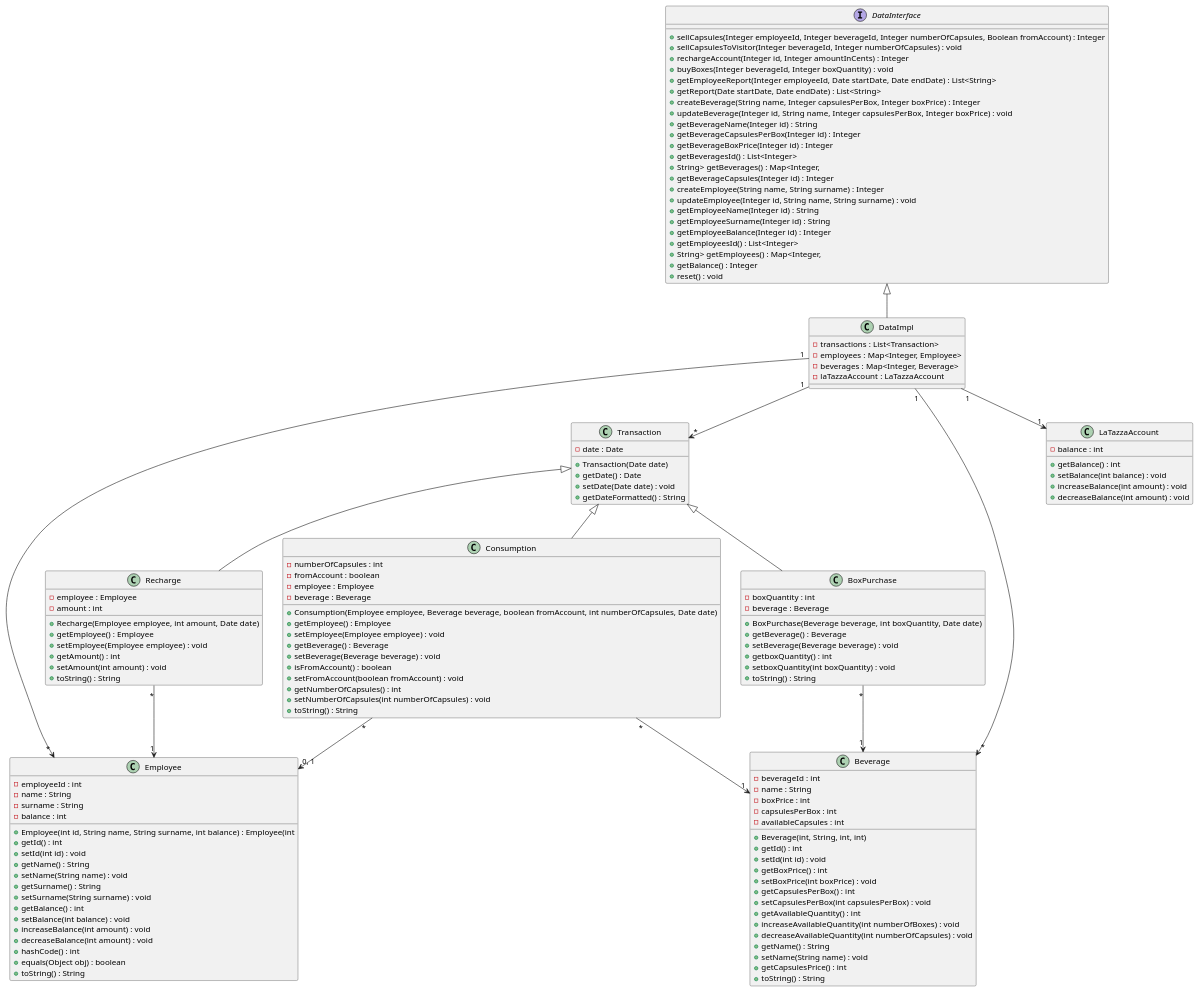
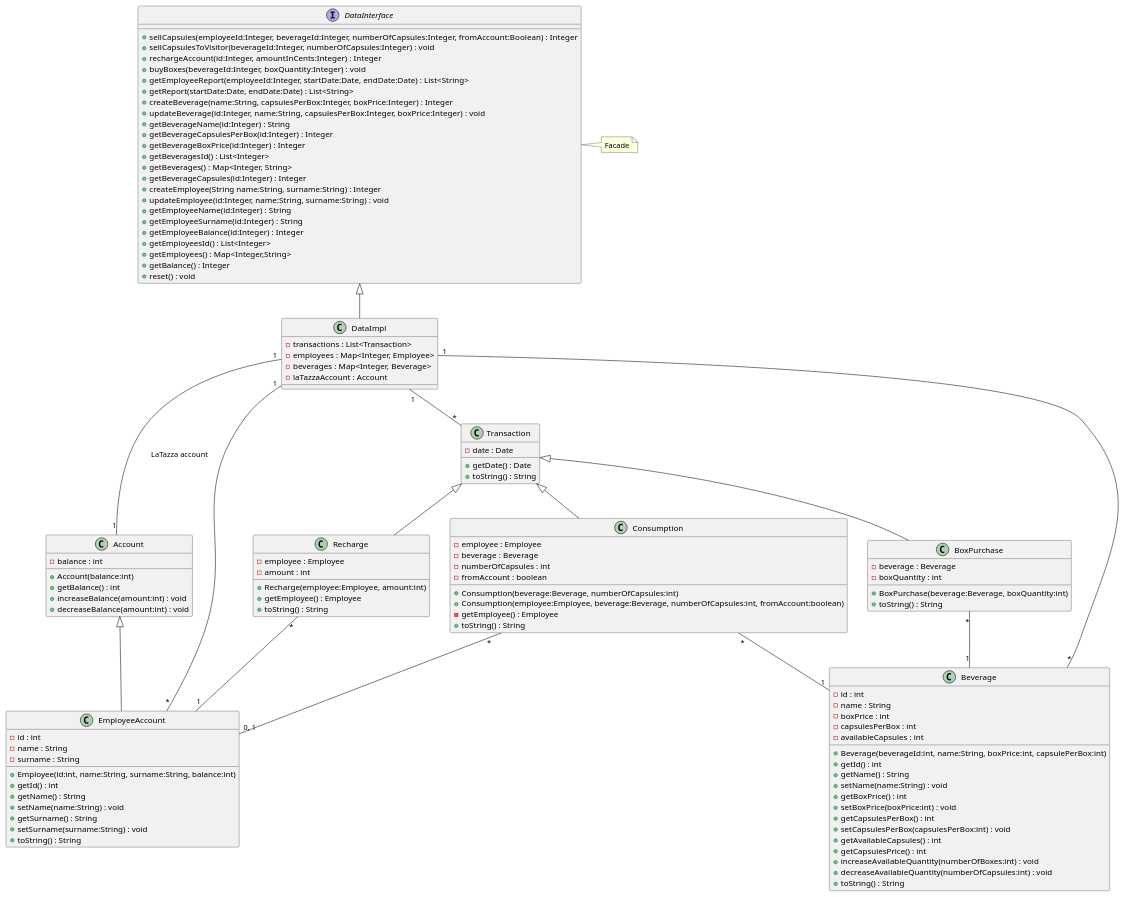
Before and after one commit to eloparco/LaTazza: the third of 5 diagrams in design_document.md, drawn with PlantUML. The commit also changed other lines of this file, not shown here.

Commit message:
update class diagrams: removed useless setters, fixed UML notation (<name>:<type>), introduced hierarchy Account-EmployeeAccount and removed class LaTazzaAccount, removed Date from constructors of transaction hierarchy

````diff
--- a/design_document.md
+++ b/design_document.md
@@ -53,151 +53,122 @@
 ```plantuml
-class Beverage {
-- beverageId : int
-- name : String
-- boxPrice : int
-- capsulesPerBox : int
-- availableCapsules : int
-+ Beverage(int, String, int, int)
-+ getId() : int
-+ setId(int id) : void
-+ getBoxPrice() : int
-+ setBoxPrice(int boxPrice) : void
-+ getCapsulesPerBox() : int
-+ setCapsulesPerBox(int capsulesPerBox) : void
-+ getAvailableQuantity() : int
-+ increaseAvailableQuantity(int numberOfBoxes) : void
-+ decreaseAvailableQuantity(int numberOfCapsules) : void
-+ getName() : String
-+ setName(String name) : void
-+ getCapsulesPrice() : int
-+ toString() : String
+interface DataInterface
+class DataImpl
+class Beverage
+together {
+	class Account
+	class EmployeeAccount
 }
-
-class Employee {
-- employeeId : int
-- name : String
-- surname : String
-- balance : int
-+ Employee(int id, String name, String surname, int balance) : Employee(int
-+ getId() : int
-+ setId(int id) : void
-+ getName() : String
-+ setName(String name) : void
-+ getSurname() : String
-+ setSurname(String surname) : void
-+ getBalance() : int
-+ setBalance(int balance) : void
-+ increaseBalance(int amount) : void
-+ decreaseBalance(int amount) : void
-+ hashCode() : int
-+ equals(Object obj) : boolean
-+ toString() : String
-
-}
-
-class Transaction {
-- date : Date
-+ Transaction(Date date)
-+ getDate() : Date
-+ setDate(Date date) : void
-+ getDateFormatted() : String
-}
-
-class Consumption {
-- numberOfCapsules : int
-- fromAccount : boolean
-- employee : Employee
-- beverage : Beverage
-+ Consumption(Employee employee, Beverage beverage, boolean fromAccount, int numberOfCapsules, Date date)
-+ getEmployee() : Employee
-+ setEmployee(Employee employee) : void
-+ getBeverage() : Beverage
-+ setBeverage(Beverage beverage) : void
-+ isFromAccount() : boolean
-+ setFromAccount(boolean fromAccount) : void
-+ getNumberOfCapsules() : int
-+ setNumberOfCapsules(int numberOfCapsules) : void
-+ toString() : String
-}
-
-class BoxPurchase {
-- boxQuantity : int
-- beverage : Beverage
-+ BoxPurchase(Beverage beverage, int boxQuantity, Date date)
-+ getBeverage() : Beverage
-+ setBeverage(Beverage beverage) : void
-+ getboxQuantity() : int
-+ setboxQuantity(int boxQuantity) : void
-+ toString() : String
-}
-
-class Recharge {
-- employee : Employee
-- amount : int
-+ Recharge(Employee employee, int amount, Date date)
-+ getEmployee() : Employee
-+ setEmployee(Employee employee) : void
-+ getAmount() : int
-+ setAmount(int amount) : void
-+ toString() : String
-}
-
-class LaTazzaAccount {
-- balance : int
-+ getBalance() : int
-+ setBalance(int balance) : void
-+ increaseBalance(int amount) : void
-+ decreaseBalance(int amount) : void
-}
-
-interface DataInterface {
-+ sellCapsules(Integer employeeId, Integer beverageId, Integer numberOfCapsules, Boolean fromAccount) : Integer
-+ sellCapsulesToVisitor(Integer beverageId, Integer numberOfCapsules) : void
-+ rechargeAccount(Integer id, Integer amountInCents) : Integer
-+ buyBoxes(Integer beverageId, Integer boxQuantity) : void
-+ getEmployeeReport(Integer employeeId, Date startDate, Date endDate) : List<String>
-+ getReport(Date startDate, Date endDate) : List<String>
-+ createBeverage(String name, Integer capsulesPerBox, Integer boxPrice) : Integer
-+ updateBeverage(Integer id, String name, Integer capsulesPerBox, Integer boxPrice) : void
-+ getBeverageName(Integer id) : String
-+ getBeverageCapsulesPerBox(Integer id) : Integer
-+ getBeverageBoxPrice(Integer id) : Integer
-+ getBeveragesId() : List<Integer>
-+ String> getBeverages() : Map<Integer,
-+ getBeverageCapsules(Integer id) : Integer
-+ createEmployee(String name, String surname) : Integer
-+ updateEmployee(Integer id, String name, String surname) : void
-+ getEmployeeName(Integer id) : String
-+ getEmployeeSurname(Integer id) : String
-+ getEmployeeBalance(Integer id) : Integer
-+ getEmployeesId() : List<Integer>
-+ String> getEmployees() : Map<Integer,
-+ getBalance() : Integer
-+ reset() : void
-}
-
-class DataImpl {
-- transactions : List<Transaction>
-- employees : Map<Integer, Employee>
-- beverages : Map<Integer, Beverage> 
-- laTazzaAccount : LaTazzaAccount
+together {
+	class Transaction
+	class Recharge
+	class BoxPurchase
+	class Consumption
 }
 
 DataInterface <|-- DataImpl
-DataImpl "1" --> "*" Transaction
-DataImpl "1" --> "1" LaTazzaAccount
-DataImpl "1" --> "*" Employee
-DataImpl "1" --> "*" Beverage
-
-
+Account <|-- EmployeeAccount
 Transaction <|-- Recharge
 Transaction <|-- Consumption
 Transaction <|-- BoxPurchase
 
-Consumption "*" --> "0, 1" Employee
-Consumption "*" --> "1" Beverage
+DataImpl "1" -- "*" Transaction
+DataImpl "1" -- "1" Account : LaTazza account
+DataImpl "1" -- "*" EmployeeAccount
+DataImpl "1" -- "*" Beverage
+Consumption "*" -- "0, 1" EmployeeAccount
+Consumption "*" -- "1" Beverage
+Recharge "*" -- "1" EmployeeAccount
+BoxPurchase "*" -- "1" Beverage
 
-Recharge "*" --> "1" Employee
+DataInterface : +sellCapsules(employeeId:Integer, beverageId:Integer, numberOfCapsules:Integer, fromAccount:Boolean) : Integer
+DataInterface : +sellCapsulesToVisitor(beverageId:Integer, numberOfCapsules:Integer) : void
+DataInterface : +rechargeAccount(id:Integer, amountInCents:Integer) : Integer
+DataInterface : +buyBoxes(beverageId:Integer, boxQuantity:Integer) : void
+DataInterface : +getEmployeeReport(employeeId:Integer, startDate:Date, endDate:Date) : List<String>
+DataInterface : +getReport(startDate:Date, endDate:Date) : List<String>
+DataInterface : +createBeverage(name:String, capsulesPerBox:Integer, boxPrice:Integer) : Integer
+DataInterface : +updateBeverage(id:Integer, name:String, capsulesPerBox:Integer, boxPrice:Integer) : void
+DataInterface : +getBeverageName(id:Integer) : String
+DataInterface : +getBeverageCapsulesPerBox(id:Integer) : Integer
+DataInterface : +getBeverageBoxPrice(id:Integer) : Integer
+DataInterface : +getBeveragesId() : List<Integer>
+DataInterface : +getBeverages() : Map<Integer, String>
+DataInterface : +getBeverageCapsules(id:Integer) : Integer
+DataInterface : +createEmployee(String name:String, surname:String) : Integer
+DataInterface : +updateEmployee(id:Integer, name:String, surname:String) : void
+DataInterface : +getEmployeeName(id:Integer) : String
+DataInterface : +getEmployeeSurname(id:Integer) : String
+DataInterface : +getEmployeeBalance(id:Integer) : Integer
+DataInterface : +getEmployeesId() : List<Integer>
+DataInterface : +getEmployees() : Map<Integer,String>
+DataInterface : +getBalance() : Integer
+DataInterface : +reset() : void
 
-BoxPurchase "*" --> "1" Beverage
+DataImpl : -transactions : List<Transaction>
+DataImpl : -employees : Map<Integer, Employee>
+DataImpl : -beverages : Map<Integer, Beverage> 
+DataImpl : -laTazzaAccount : Account
+
+Beverage : -id : int
+Beverage : -name : String
+Beverage : -boxPrice : int
+Beverage : -capsulesPerBox : int
+Beverage : -availableCapsules : int
+Beverage : +Beverage(beverageId:int, name:String, boxPrice:int, capsulePerBox:int)
+Beverage : +getId() : int
+Beverage : +getName() : String
+Beverage : +setName(name:String) : void
+Beverage : +getBoxPrice() : int
+Beverage : +setBoxPrice(boxPrice:int) : void
+Beverage : +getCapsulesPerBox() : int
+Beverage : +setCapsulesPerBox(capsulesPerBox:int) : void
+Beverage : +getAvailableCapsules() : int
+Beverage : +getCapsulesPrice() : int
+Beverage : +increaseAvailableQuantity(numberOfBoxes:int) : void
+Beverage : +decreaseAvailableQuantity(numberOfCapsules:int) : void
+Beverage : +toString() : String
+
+Account : -balance : int
+Account : +Account(balance:int)
+Account : +getBalance() : int
+Account : +increaseBalance(amount:int) : void
+Account : +decreaseBalance(amount:int) : void
+
+EmployeeAccount : -id : int
+EmployeeAccount : -name : String
+EmployeeAccount : -surname : String
+EmployeeAccount : +Employee(id:int, name:String, surname:String, balance:int)
+EmployeeAccount : +getId() : int
+EmployeeAccount : +getName() : String
+EmployeeAccount : +setName(name:String) : void
+EmployeeAccount : +getSurname() : String
+EmployeeAccount : +setSurname(surname:String) : void
+EmployeeAccount : +toString() : String
+
+Transaction : -date : Date
+Transaction : +getDate() : Date
+Transaction : +toString() : String
+
+Recharge : -employee : Employee
+Recharge : -amount : int
+Recharge : +Recharge(employee:Employee, amount:int)
+Recharge : +getEmployee() : Employee
+Recharge : +toString() : String
+
+BoxPurchase : -beverage : Beverage
+BoxPurchase : -boxQuantity : int
+BoxPurchase : +BoxPurchase(beverage:Beverage, boxQuantity:int)
+BoxPurchase : +toString() : String
+
+Consumption : -employee : Employee
+Consumption : -beverage : Beverage
+Consumption : -numberOfCapsules : int
+Consumption : -fromAccount : boolean
+Consumption : +Consumption(beverage:Beverage, numberOfCapsules:int)
+Consumption : +Consumption(employee:Employee, beverage:Beverage, numberOfCapsules:int, fromAccount:boolean)
+Consumption : -getEmployee() : Employee
+Consumption : +toString() : String
+
+note right of DataInterface : Facade
+}
 ```
````
